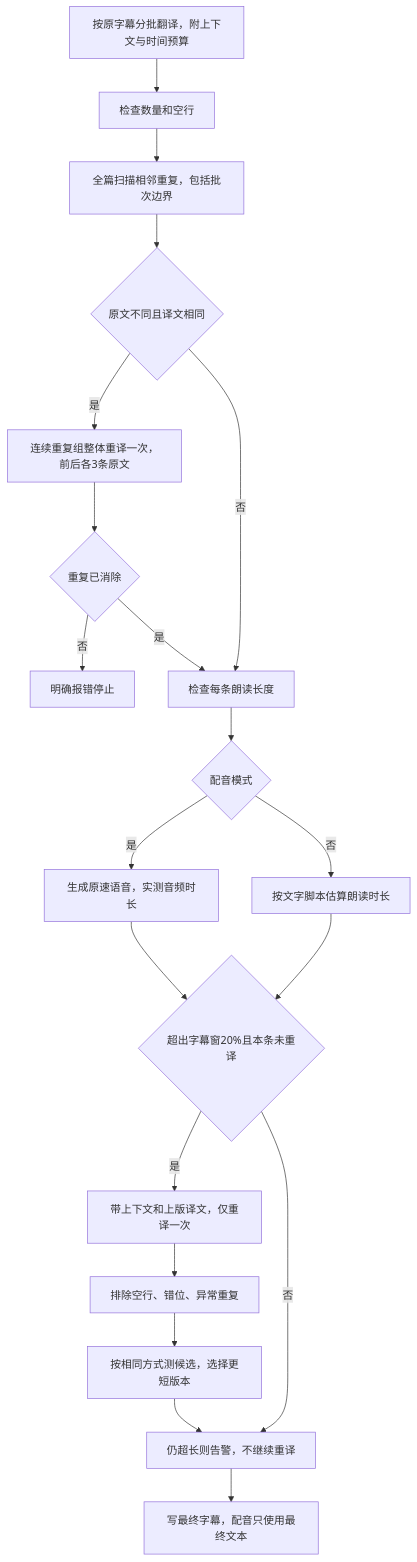
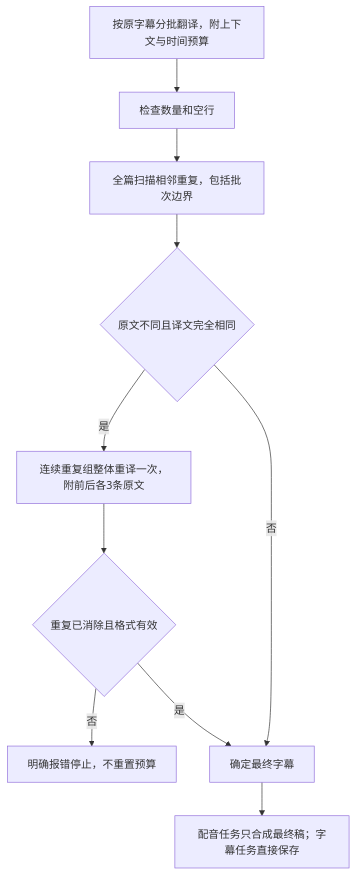
One commit to ixugo/lark-studio changed the diagram in .cursor/scopes/translation-quality.md. Above: the diagram before and after it, drawn with Mermaid. The commit also changed other lines of this file and 8 other files, not shown here.

````diff
--- a/.cursor/scopes/translation-quality.md
+++ b/.cursor/scopes/translation-quality.md
@@ -7,22 +7,12 @@
 ```mermaid
 flowchart TD
  A[按原字幕分批翻译，附上下文与时间预算] --> B[检查数量和空行]
  B --> C[全篇扫描相邻重复，包括批次边界]
- C --> D{原文不同且译文相同}
- D -->|是| E[连续重复组整体重译一次，前后各3条原文]
- E --> F{重复已消除}
- F -->|否| X[明确报错停止]
- D -->|否| G[检查每条朗读长度]
- F -->|是| G
- G --> H{配音模式}
- H -->|是| I[生成原速语音，实测音频时长]
- H -->|否| J[按文字脚本估算朗读时长]
- I --> K{超出字幕窗20%且本条未重译}
- J --> K
- K -->|是| L[带上下文和上版译文，仅重译一次]
- L --> M[排除空行、错位、异常重复]
- M --> N[按相同方式测候选，选择更短版本]
- N --> O[仍超长则告警，不继续重译]
- K -->|否| O
- O --> P[写最终字幕，配音只使用最终文本]
+ C --> D{原文不同且译文完全相同}
+ D -->|是| E[连续重复组整体重译一次，附前后各3条原文]
+ E --> F{重复已消除且格式有效}
+ F -->|否| X[明确报错停止，不重置预算]
+ F -->|是| G[确定最终字幕]
+ D -->|否| G
+ G --> H[配音任务只合成最终稿；字幕任务直接保存]
 ```
````
